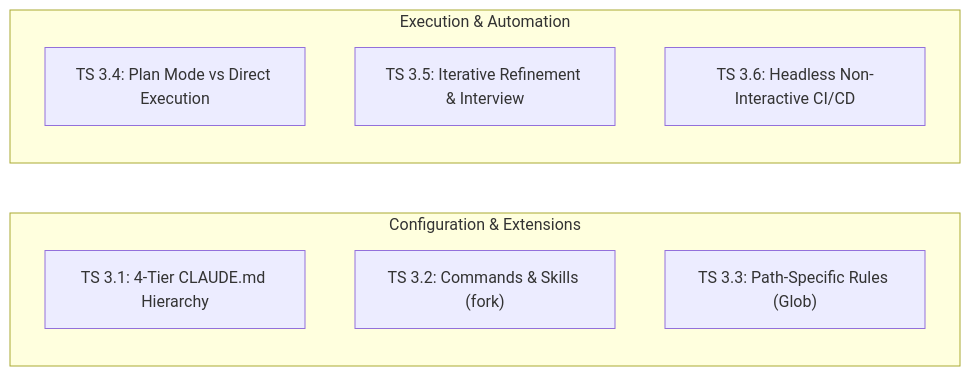
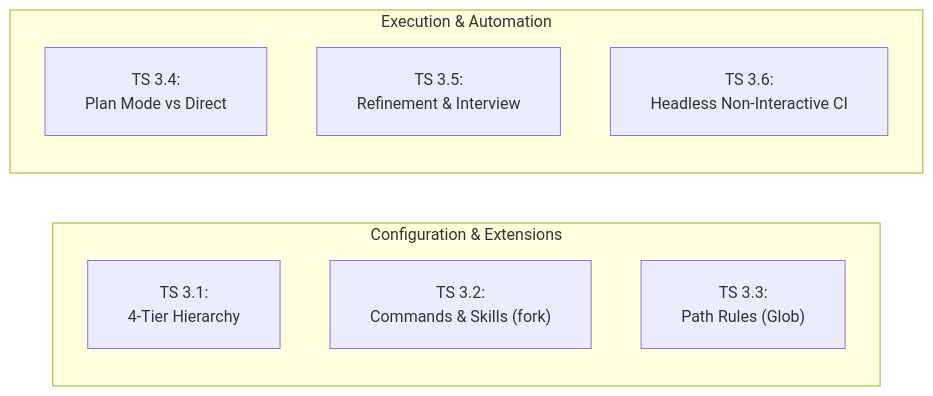
One commit to dip4k/claude_cert_architect_foundation_prep changed the first of 5 diagrams in domain3/KEY_CONCEPTS.md. Above: the diagram before and after it, drawn with Mermaid. The commit also changed other lines of this file and 31 other files, not shown here.

First line of the commit message:
docs(diagrams): fix text trimming, padding, and layout in all mermaid diagrams

````diff
--- a/domain3/KEY_CONCEPTS.md
+++ b/domain3/KEY_CONCEPTS.md
@@ -8,16 +8,17 @@
 ```mermaid
+%%{init: {"flowchart": {"htmlLabels": true, "padding": 20}}}%%
 flowchart LR
     subgraph Config["Configuration & Extensions"]
         direction TB
-        C1["TS 3.1: 4-Tier CLAUDE.md Hierarchy"]
-        C2["TS 3.2: Commands & Skills (fork)"]
-        C3["TS 3.3: Path-Specific Rules (Glob)"]
+        C1["TS 3.1:<br/>4-Tier Hierarchy"]
+        C2["TS 3.2:<br/>Commands & Skills (fork)"]
+        C3["TS 3.3:<br/>Path Rules (Glob)"]
     end
 
     subgraph Exec["Execution & Automation"]
         direction TB
-        E1["TS 3.4: Plan Mode vs Direct Execution"]
-        E2["TS 3.5: Iterative Refinement & Interview"]
-        E3["TS 3.6: Headless Non-Interactive CI/CD"]
+        E1["TS 3.4:<br/>Plan Mode vs Direct"]
+        E2["TS 3.5:<br/>Refinement & Interview"]
+        E3["TS 3.6:<br/>Headless Non-Interactive CI"]
     end
 ```
````
